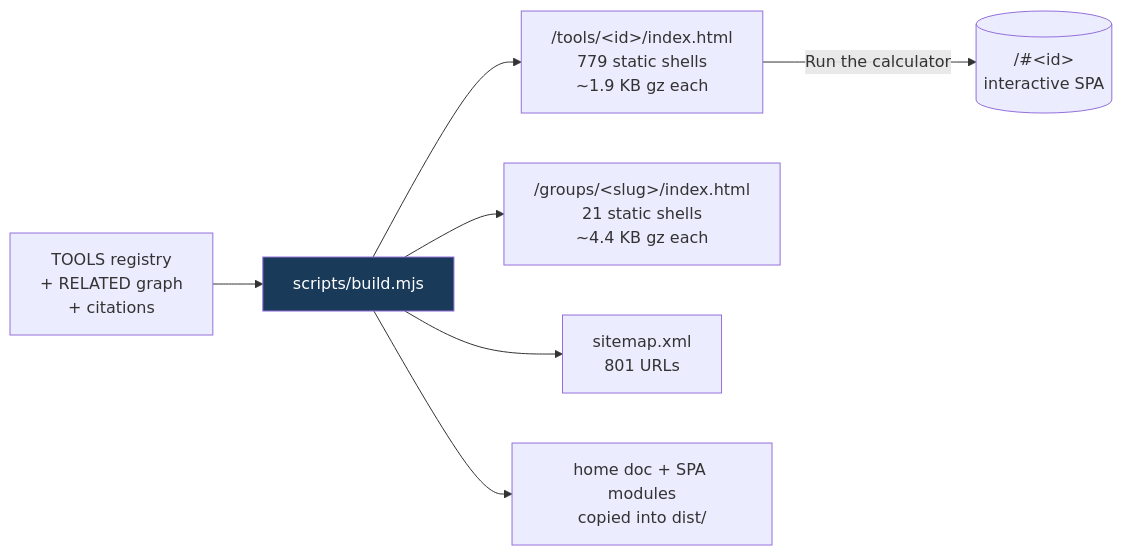
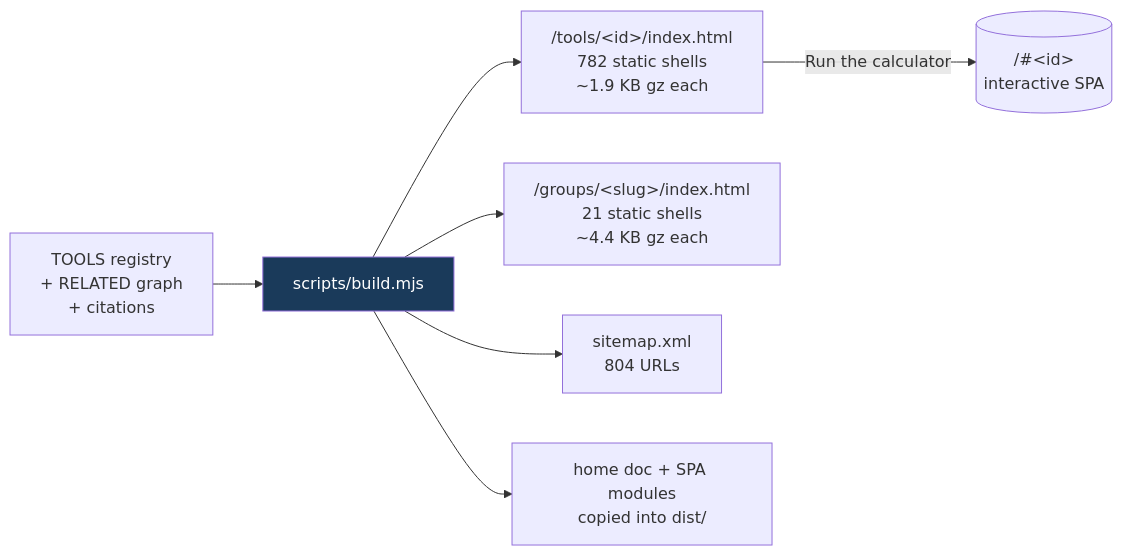
Before and after one commit to clay-good/roughlogic.com: the fifth of 8 diagrams in README.md, drawn with Mermaid. The commit also changed other lines of this file and 19 other files, not shown here.

````diff
--- a/README.md
+++ b/README.md
@@ -495,10 +495,10 @@
 ```mermaid
 flowchart LR
     SRC[TOOLS registry\n+ RELATED graph\n+ citations] --> BUILD[scripts/build.mjs]
-    BUILD --> TILE["/tools/&lt;id&gt;/index.html\n779 static shells\n~1.9 KB gz each"]
+    BUILD --> TILE["/tools/&lt;id&gt;/index.html\n782 static shells\n~1.9 KB gz each"]
     BUILD --> GROUP["/groups/&lt;slug&gt;/index.html\n21 static shells\n~4.4 KB gz each"]
-    BUILD --> MAP["sitemap.xml\n801 URLs"]
+    BUILD --> MAP["sitemap.xml\n804 URLs"]
     BUILD --> COPY[home doc + SPA modules\ncopied into dist/]
     TILE -->|Run the calculator| SPA[("/#&lt;id&gt;\ninteractive SPA")]
     style BUILD fill:#1a3a5a,color:#fff
 ```
````
